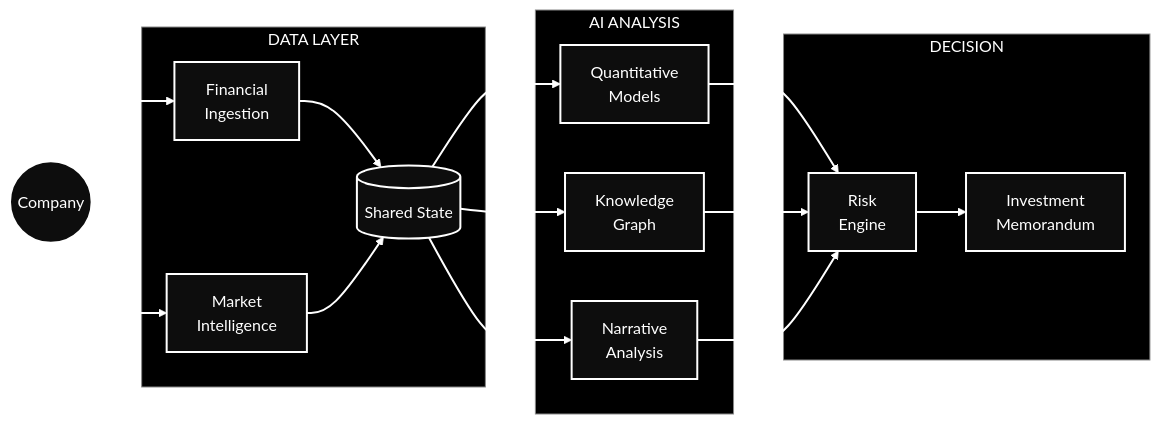
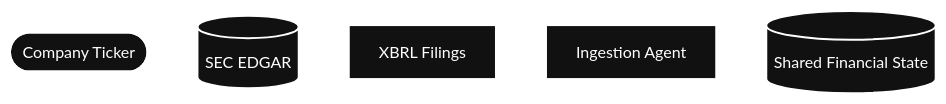
The diagram in README.md (Shiva498689/GDG_PS), drawn with Mermaid before and after one commit.

Commit message:
Refactor mermaid diagram in README.md

````diff
--- a/README.md
+++ b/README.md
@@ -1,81 +1,23 @@
 ```mermaid
 flowchart LR
 
-%% =========================
-%% INPUT
-%% =========================
+    USER([Company Ticker])
 
-U(("Company"))
+    EDGAR[(SEC EDGAR)]
 
-%% =========================
-%% DATA LAYER
-%% =========================
+    XBRL[XBRL Filings]
 
-subgraph DATA["DATA LAYER"]
+    INGEST["Ingestion Agent"]
 
-A1["Financial<br/>Ingestion"]
+    STATE[(Shared Financial State)]
 
-A2["Market<br/>Intelligence"]
+    USER --> EDGAR
+    EDGAR --> XBRL
+    XBRL --> INGEST
+    INGEST --> STATE
 
-S[(Shared State)]
+    classDef dark fill:#111111,stroke:#FFFFFF,color:#FFFFFF,stroke-width:2px;
+    class USER,EDGAR,XBRL,INGEST,STATE dark;
 
-end
-
-%% =========================
-%% AI LAYER
-%% =========================
-
-subgraph AI["AI ANALYSIS"]
-
-Q["Quantitative<br/>Models"]
-
-KG["Knowledge<br/>Graph"]
-
-N["Narrative<br/>Analysis"]
-
-end
-
-%% =========================
-%% DECISION
-%% =========================
-
-subgraph DECISION["DECISION"]
-
-R["Risk<br/>Engine"]
-
-REPORT["Investment<br/>Memorandum"]
-
-end
-
-%% FLOW
-
-U --> A1
-U --> A2
-
-A1 --> S
-A2 --> S
-
-S --> Q
-S --> KG
-S --> N
-
-Q --> R
-KG --> R
-N --> R
-
-R --> REPORT
-
-%% =========================
-%% DARK THEME
-%% =========================
-
-classDef node fill:#0D0D0D,stroke:#FFFFFF,color:#FFFFFF,stroke-width:2px;
-
-class U,A1,A2,S,Q,KG,N,R,REPORT node;
-
-style DATA fill:#000000,stroke:#888888,color:#FFFFFF
-style AI fill:#000000,stroke:#888888,color:#FFFFFF
-style DECISION fill:#000000,stroke:#888888,color:#FFFFFF
-
-linkStyle default stroke:#FFFFFF,stroke-width:2px
+    linkStyle default stroke:#FFFFFF,stroke-width:2px
 ```
````
